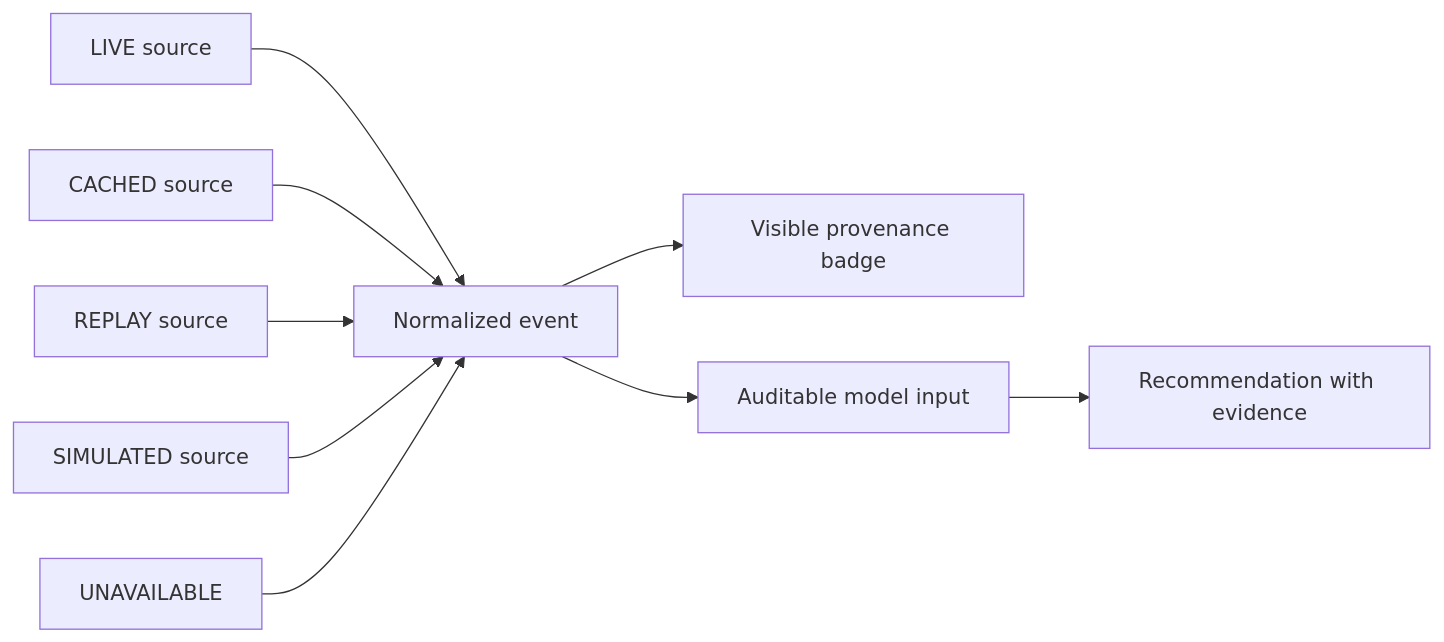
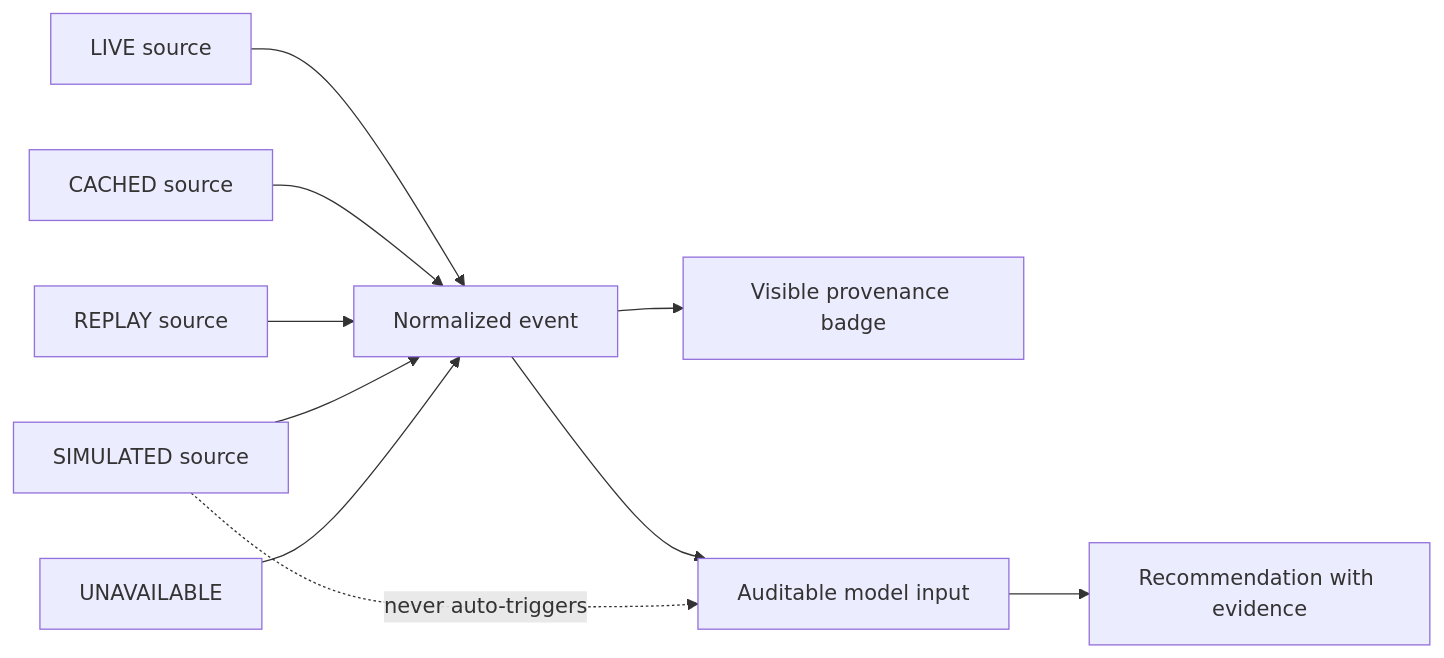
The third of 4 diagrams in docs/ARCHITECTURE_DIAGRAMS.md (Raman-0123/Chanakya), drawn with Mermaid before and after one commit. The commit also changed other lines of this file and 64 other files, not shown here.

````diff
--- a/docs/ARCHITECTURE_DIAGRAMS.md
+++ b/docs/ARCHITECTURE_DIAGRAMS.md
@@ -50,11 +54,12 @@
 ```mermaid
 flowchart LR
   L[LIVE source] --> N[Normalized event]
   C[CACHED source] --> N
   R[REPLAY source] --> N
   S[SIMULATED source] --> N
   U[UNAVAILABLE] --> N
   N --> V[Visible provenance badge]
   N --> A[Auditable model input]
+  S -. never auto-triggers .-> A
   A --> W[Recommendation with evidence]
 ```
````
